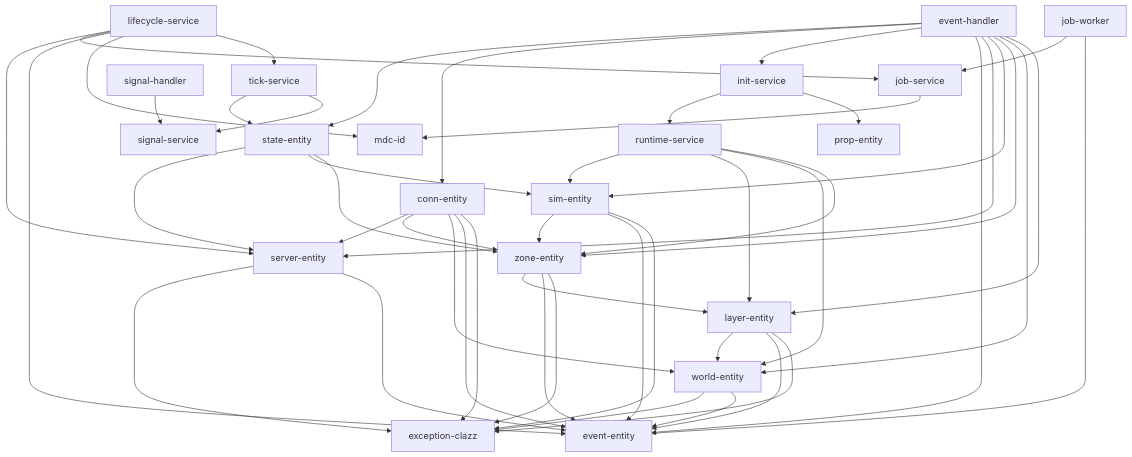
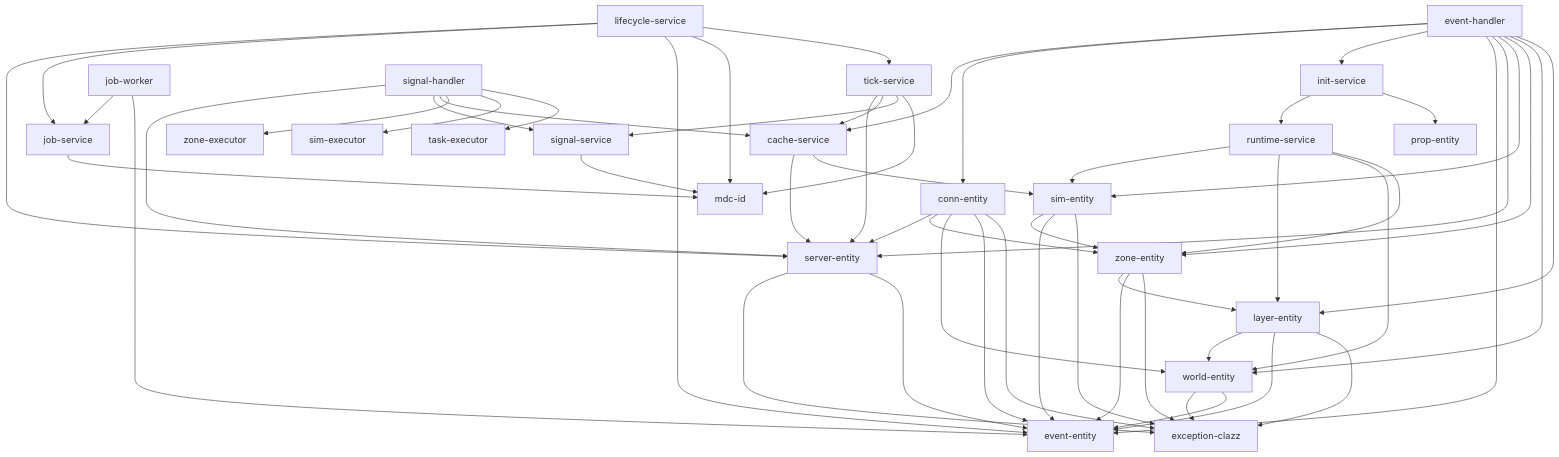
The diagram in MODULES.md (crionuke/omgcluster), drawn with Mermaid before and after one commit. The commit also changed 39 other files, not shown here.

First line of the commit message:
Remove state-entity module and consolidate caching into cache-service (#35)

````diff
--- a/MODULES.md
+++ b/MODULES.md
@@ -1,64 +1,72 @@
 ```mermaid
 graph TD
-    event-handler --> state-entity
+    event-handler --> cache-service
     event-handler --> conn-entity
     event-handler --> init-service
     event-handler --> event-entity
     event-handler --> server-entity
     event-handler --> sim-entity
     event-handler --> zone-entity
     event-handler --> world-entity
     event-handler --> layer-entity
 
     lifecycle-service --> server-entity
     lifecycle-service --> job-service
     lifecycle-service --> event-entity
     lifecycle-service --> mdc-id
     lifecycle-service --> tick-service
 
     init-service --> runtime-service
     init-service --> prop-entity
 
-    state-entity --> server-entity
-    state-entity --> sim-entity
-    state-entity --> zone-entity
+    cache-service --> server-entity
+    cache-service --> sim-entity
 
     runtime-service --> sim-entity
     runtime-service --> layer-entity
     runtime-service --> world-entity
     runtime-service --> zone-entity
 
     conn-entity --> server-entity
     conn-entity --> zone-entity
     conn-entity --> world-entity
     conn-entity --> event-entity
     conn-entity --> exception-clazz
 
     sim-entity --> zone-entity
     sim-entity --> event-entity
     sim-entity --> exception-clazz
 
     zone-entity --> layer-entity
     zone-entity --> event-entity
     zone-entity --> exception-clazz
 
     layer-entity --> world-entity
     layer-entity --> event-entity
     layer-entity --> exception-clazz
 
     world-entity --> exception-clazz
     world-entity --> event-entity
 
     server-entity --> exception-clazz
     server-entity --> event-entity
 
     job-service --> mdc-id
 
     job-worker --> job-service
     job-worker --> event-entity
 
+    signal-handler --> server-entity
     signal-handler --> signal-service
+    signal-handler --> cache-service
+    signal-handler --> zone-executor
+    signal-handler --> sim-executor
+    signal-handler --> task-executor
 
-    tick-service --> state-entity
+    signal-service --> mdc-id
+
+    tick-service --> server-entity
+    tick-service --> cache-service
     tick-service --> signal-service
+    tick-service --> mdc-id
 ```
````
